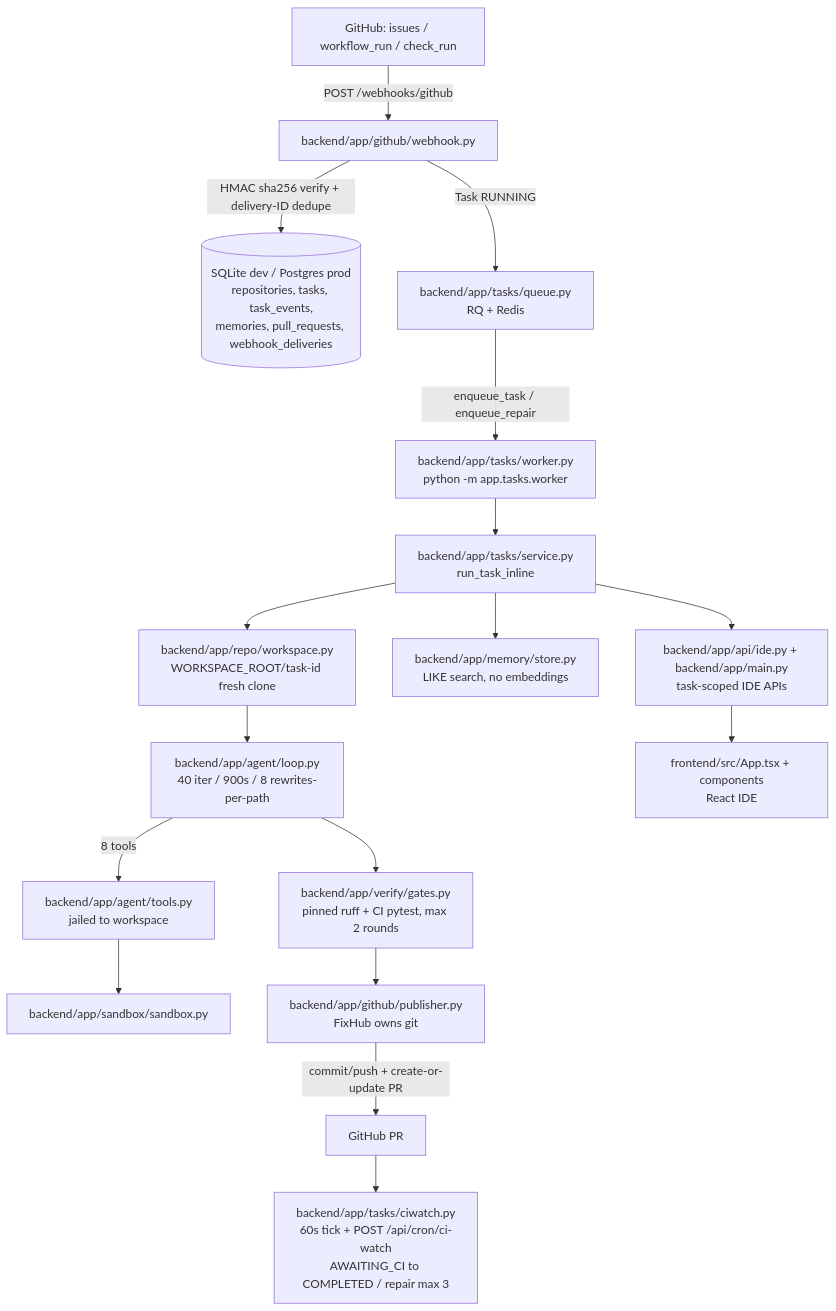
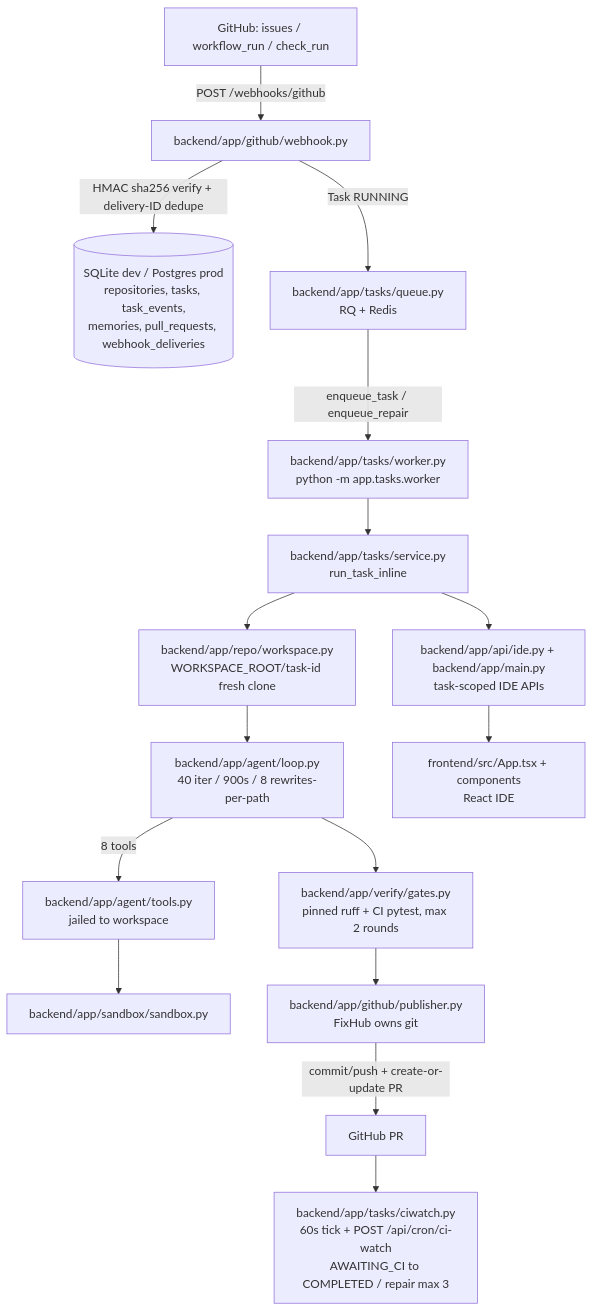
The diagram in docs/architecture.md (Fazalsh2909/Fixhub), drawn with Mermaid before and after one commit. The commit also changed other lines of this file and 31 other files, not shown here.

````diff
--- a/docs/architecture.md
+++ b/docs/architecture.md
@@ -7,19 +7,18 @@
 ```mermaid
 flowchart TB
   GH[GitHub: issues / workflow_run / check_run] -->|POST /webhooks/github| WH[backend/app/github/webhook.py]
   WH -->|HMAC sha256 verify + delivery-ID dedupe| DB[(SQLite dev / Postgres prod<br/>repositories, tasks, task_events,<br/>memories, pull_requests, webhook_deliveries)]
   WH -->|Task RUNNING| Q[backend/app/tasks/queue.py<br/>RQ + Redis]
   Q -->|enqueue_task / enqueue_repair| WK[backend/app/tasks/worker.py<br/>python -m app.tasks.worker]
   WK --> SV[backend/app/tasks/service.py<br/>run_task_inline]
   SV --> WS[backend/app/repo/workspace.py<br/>WORKSPACE_ROOT/task-id fresh clone]
   WS --> AG[backend/app/agent/loop.py<br/>40 iter / 900s / 8 rewrites-per-path]
   AG -->|8 tools| TL[backend/app/agent/tools.py<br/>jailed to workspace]
   TL --> SB[backend/app/sandbox/sandbox.py]
   AG --> GT[backend/app/verify/gates.py<br/>pinned ruff + CI pytest, max 2 rounds]
   GT --> PB[backend/app/github/publisher.py<br/>FixHub owns git]
   PB -->|commit/push + create-or-update PR| GH2[GitHub PR]
   GH2 --> CW[backend/app/tasks/ciwatch.py<br/>60s tick + POST /api/cron/ci-watch<br/>AWAITING_CI to COMPLETED / repair max 3]
-  SV --> MM[backend/app/memory/store.py<br/>LIKE search, no embeddings]
   SV --> IDE[backend/app/api/ide.py + backend/app/main.py<br/>task-scoped IDE APIs]
   IDE --> FE[frontend/src/App.tsx + components<br/>React IDE]
 ```
````
